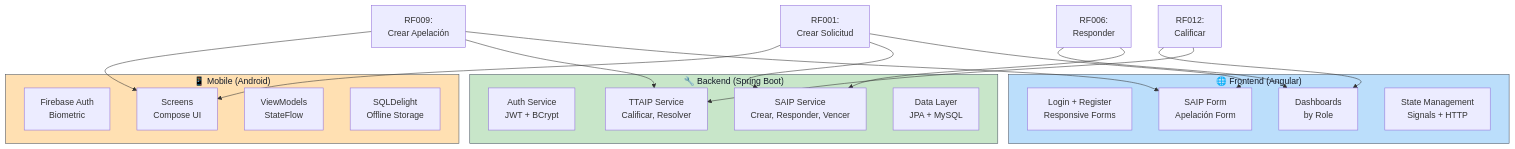
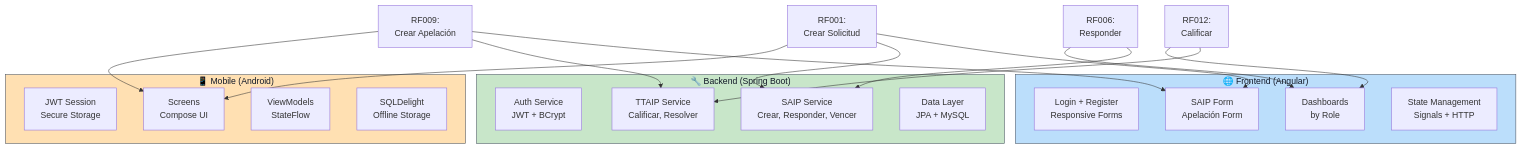
Before and after one commit to transparenciapublicadev/plataforma-saip-apelaciones: the eighth of 10 diagrams in docs/src/content/docs/metodologia/index.mdx, drawn with Mermaid. The commit also changed other lines of this file and 20 other files, not shown here.

First line of the commit message:
📝 docs: update project domain rules, system architecture and REST API docs

````diff
--- a/docs/src/content/docs/metodologia/index.mdx
+++ b/docs/src/content/docs/metodologia/index.mdx
@@ -439,46 +439,46 @@
 ```mermaid
 graph TB
     subgraph Backend["🔧 Backend (Spring Boot)"]
         BE_Auth["Auth Service<br/>JWT + BCrypt"]
         BE_SAIP["SAIP Service<br/>Crear, Responder, Vencer"]
         BE_TTAIP["TTAIP Service<br/>Calificar, Resolver"]
         BE_Data["Data Layer<br/>JPA + MySQL"]
     end
     
     subgraph Frontend["🌐 Frontend (Angular)"]
         FE_Auth["Login + Register<br/>Responsive Forms"]
         FE_Dashboard["Dashboards<br/>by Role"]
         FE_Forms["SAIP Form<br/>Apelación Form"]
         FE_State["State Management<br/>Signals + HTTP"]
     end
     
     subgraph Mobile["📱 Mobile (Android)"]
-        MB_Auth["Firebase Auth<br/>Biometric"]
+        MB_Auth["JWT Session<br/>Secure Storage"]
         MB_Screen["Screens<br/>Compose UI"]
         MB_VM["ViewModels<br/>StateFlow"]
         MB_DB["SQLDelight<br/>Offline Storage"]
     end
     
     RF_001["RF001:<br/>Crear Solicitud"]
     RF_006["RF006:<br/>Responder"]
     RF_009["RF009:<br/>Crear Apelación"]
     RF_012["RF012:<br/>Calificar"]
     
     RF_001 --> FE_Forms
     RF_001 --> BE_SAIP
     RF_001 --> MB_Screen
     
     RF_006 --> BE_SAIP
     RF_006 --> FE_Dashboard
     
     RF_009 --> FE_Forms
     RF_009 --> BE_TTAIP
     RF_009 --> MB_Screen
     
     RF_012 --> BE_TTAIP
     RF_012 --> FE_Dashboard
     
     style Backend fill:#c8e6c9,color:#111827,stroke:#4b5563,stroke-width:1px
     style Frontend fill:#bbdefb,color:#111827,stroke:#4b5563,stroke-width:1px
     style Mobile fill:#ffe0b2,color:#111827,stroke:#4b5563,stroke-width:1px
 ```
````
